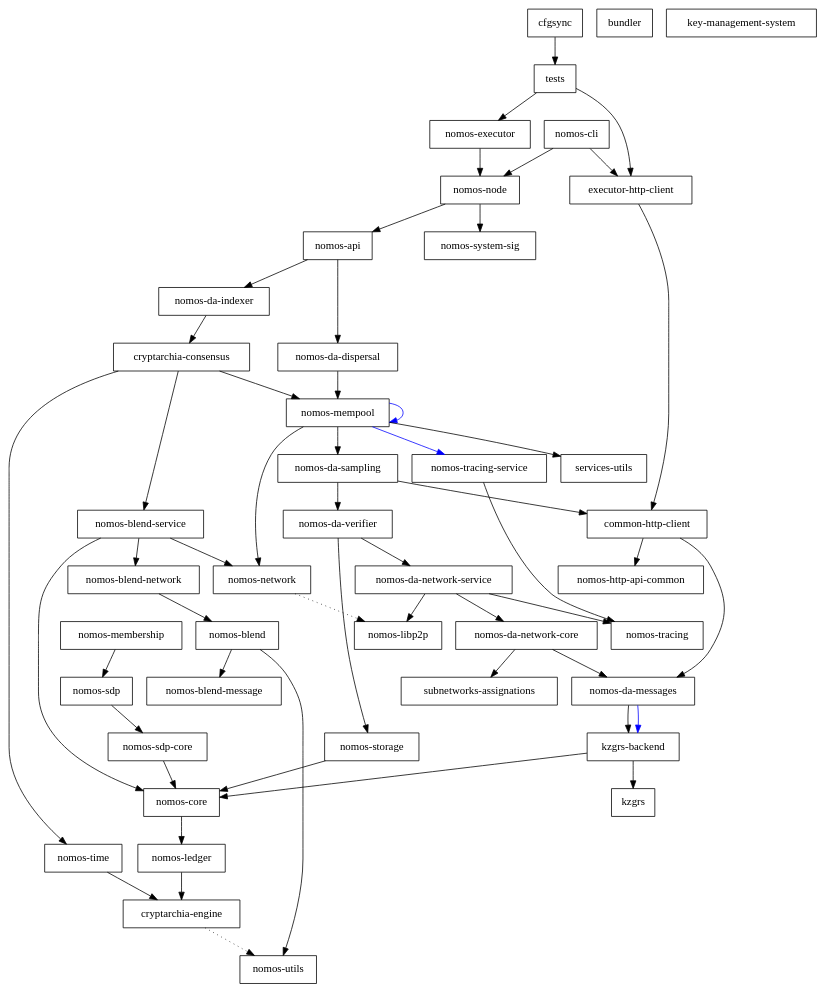
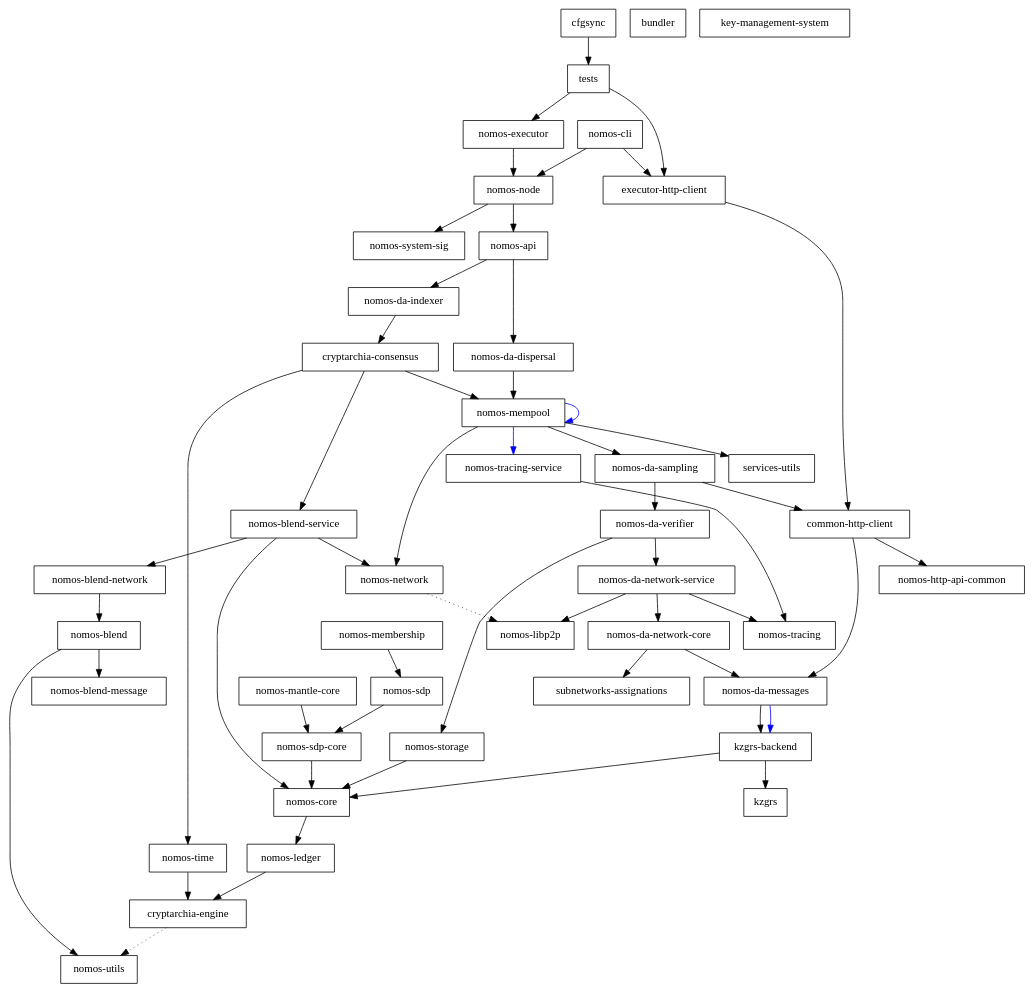
Before and after one commit to Astro521/logos-blockchain: the diagram in dependencies_graph.dot, drawn with Graphviz. The commit also changed 18 other files, not shown here.

First line of the commit message:
feature(mantle): Mantle core crate structure (#1310)

```diff
--- a/dependencies_graph.dot
+++ b/dependencies_graph.dot
@@ -1,96 +1,98 @@
 digraph {
     0 [ label = "cryptarchia-engine" shape = box]
     1 [ label = "nomos-utils" shape = box]
     2 [ label = "nomos-ledger" shape = box]
     3 [ label = "nomos-http-api-common" shape = box]
     4 [ label = "nomos-executor" shape = box]
     5 [ label = "kzgrs-backend" shape = box]
     6 [ label = "kzgrs" shape = box]
     7 [ label = "nomos-core" shape = box]
     8 [ label = "nomos-api" shape = box]
     9 [ label = "cryptarchia-consensus" shape = box]
     10 [ label = "nomos-blend-service" shape = box]
     11 [ label = "nomos-blend" shape = box]
     12 [ label = "nomos-blend-message" shape = box]
     13 [ label = "nomos-blend-network" shape = box]
     14 [ label = "nomos-libp2p" shape = box]
     15 [ label = "nomos-network" shape = box]
     16 [ label = "nomos-da-sampling" shape = box]
     17 [ label = "common-http-client" shape = box]
     18 [ label = "nomos-da-messages" shape = box]
     19 [ label = "nomos-da-network-core" shape = box]
     20 [ label = "subnetworks-assignations" shape = box]
     21 [ label = "nomos-da-network-service" shape = box]
     22 [ label = "nomos-tracing" shape = box]
     23 [ label = "nomos-da-verifier" shape = box]
     24 [ label = "nomos-storage" shape = box]
     25 [ label = "nomos-mempool" shape = box]
     26 [ label = "services-utils" shape = box]
     27 [ label = "nomos-tracing-service" shape = box]
     28 [ label = "nomos-time" shape = box]
     29 [ label = "nomos-da-dispersal" shape = box]
     30 [ label = "nomos-da-indexer" shape = box]
     31 [ label = "nomos-node" shape = box]
     32 [ label = "nomos-system-sig" shape = box]
     33 [ label = "executor-http-client" shape = box]
     34 [ label = "bundler" shape = box]
     35 [ label = "nomos-cli" shape = box]
-    36 [ label = "nomos-sdp-core" shape = box]
-    37 [ label = "key-management-system" shape = box]
-    38 [ label = "nomos-membership" shape = box]
-    39 [ label = "nomos-sdp" shape = box]
-    40 [ label = "cfgsync" shape = box]
-    41 [ label = "tests" shape = box]
+    36 [ label = "nomos-mantle-core" shape = box]
+    37 [ label = "nomos-sdp-core" shape = box]
+    38 [ label = "key-management-system" shape = box]
+    39 [ label = "nomos-membership" shape = box]
+    40 [ label = "nomos-sdp" shape = box]
+    41 [ label = "cfgsync" shape = box]
+    42 [ label = "tests" shape = box]
     0 -> 1 [ style = dotted]
     2 -> 0 [ ]
     4 -> 31 [ ]
     5 -> 6 [ ]
     5 -> 7 [ ]
     7 -> 2 [ ]
     8 -> 29 [ ]
     8 -> 30 [ ]
     9 -> 10 [ ]
     9 -> 25 [ ]
     9 -> 28 [ ]
     10 -> 13 [ ]
     10 -> 7 [ ]
     10 -> 15 [ ]
     11 -> 12 [ ]
     11 -> 1 [ ]
     13 -> 11 [ ]
     15 -> 14 [ style = dotted]
     16 -> 17 [ ]
     16 -> 23 [ ]
     17 -> 18 [ ]
     17 -> 3 [ ]
     18 -> 5 [ ]
     18 -> 5 [ color = blue]
     19 -> 18 [ ]
     19 -> 20 [ ]
     21 -> 19 [ ]
     21 -> 14 [ ]
     21 -> 22 [ ]
     23 -> 21 [ ]
     23 -> 24 [ ]
     24 -> 7 [ ]
     25 -> 16 [ ]
     25 -> 25 [ color = blue]
     25 -> 15 [ ]
     25 -> 27 [ color = blue]
     25 -> 26 [ ]
     27 -> 22 [ ]
     28 -> 0 [ ]
     29 -> 25 [ ]
     30 -> 9 [ ]
     31 -> 8 [ ]
     31 -> 32 [ ]
     33 -> 17 [ ]
     35 -> 33 [ ]
     35 -> 31 [ ]
-    36 -> 7 [ ]
-    38 -> 39 [ ]
-    39 -> 36 [ ]
-    40 -> 41 [ ]
-    41 -> 33 [ ]
-    41 -> 4 [ ]
+    36 -> 37 [ ]
+    37 -> 7 [ ]
+    39 -> 40 [ ]
+    40 -> 37 [ ]
+    41 -> 42 [ ]
+    42 -> 33 [ ]
+    42 -> 4 [ ]
 }
```
